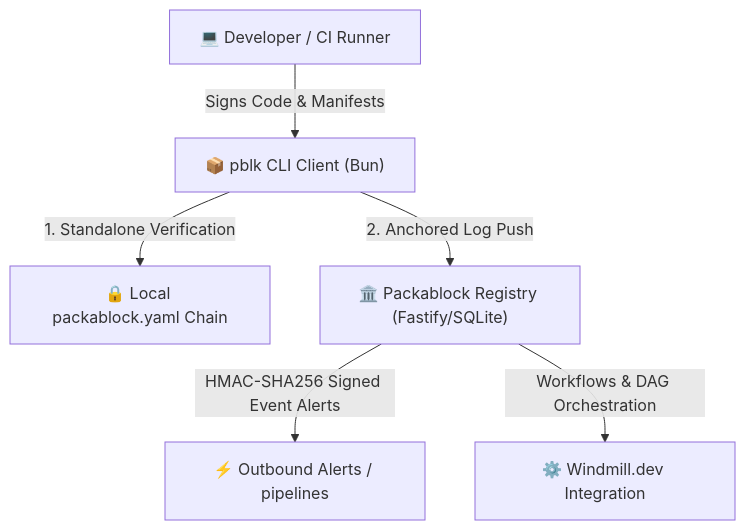
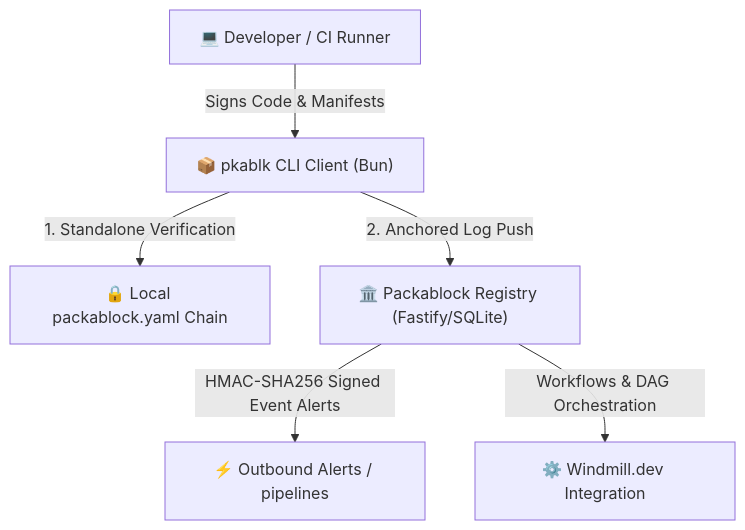
Before and after one commit to Packablock/.github: the diagram in profile/README.md, drawn with Mermaid. The commit also changed other lines of this file, not shown here.

Commit message:
chore(profile): rename client CLI reference from pblk to pkablk

````diff
--- a/profile/README.md
+++ b/profile/README.md
@@ -15,8 +15,8 @@
 ```mermaid
 graph TD
-    Developer[💻 Developer / CI Runner] -- "Signs Code & Manifests" --> PBLK["📦 pblk CLI Client (Bun)"]
-    PBLK -- "1. Standalone Verification" --> Local[🔒 Local packablock.yaml Chain]
-    PBLK -- "2. Anchored Log Push" --> Registry["🏛️ Packablock Registry (Fastify/SQLite)"]
+    Developer[💻 Developer / CI Runner] -- "Signs Code & Manifests" --> PKABLK["📦 pkablk CLI Client (Bun)"]
+    PKABLK -- "1. Standalone Verification" --> Local[🔒 Local packablock.yaml Chain]
+    PKABLK -- "2. Anchored Log Push" --> Registry["🏛️ Packablock Registry (Fastify/SQLite)"]
     Registry -- "HMAC-SHA256 Signed Event Alerts" --> Webhooks["⚡ Outbound Alerts / pipelines"]
     Registry -- "Workflows & DAG Orchestration" --> Windmill["⚙️ Windmill.dev Integration"]
 ```
````
